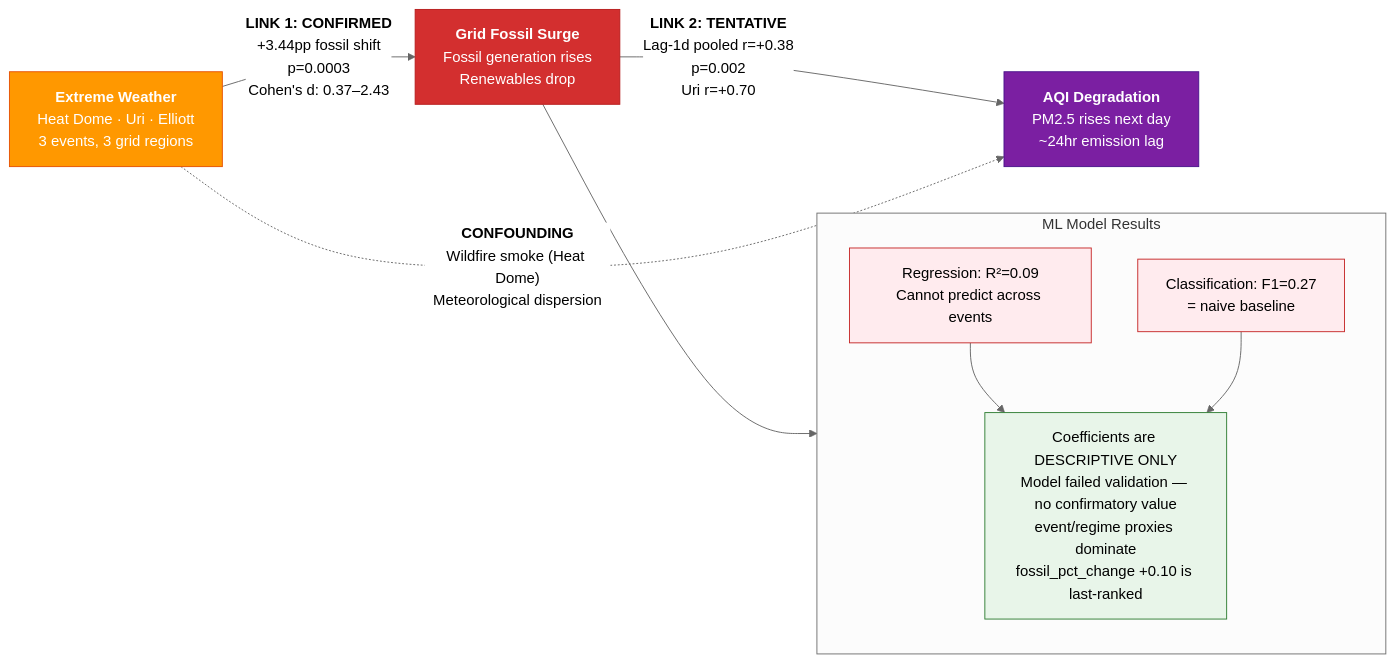
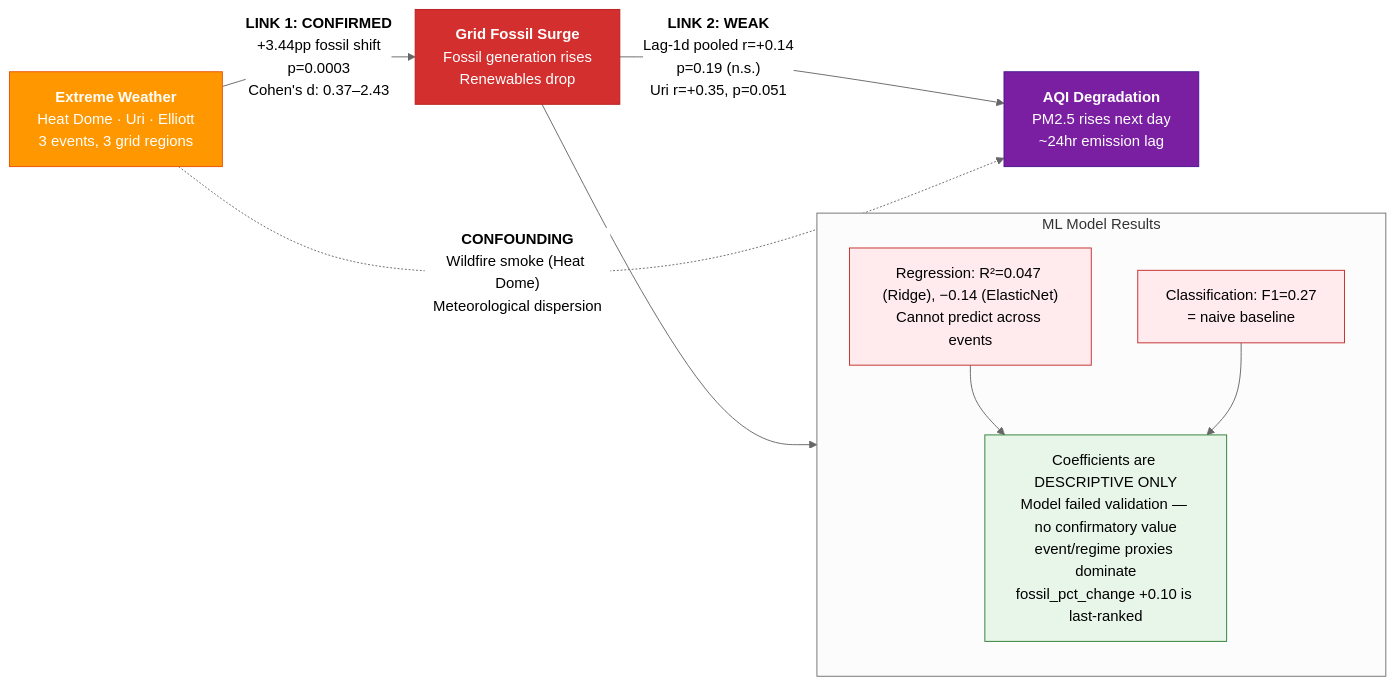
One commit to riyer-pitsoftware/climatepulse changed the third of 4 diagrams in docs/model_training_guide.md. Above: the diagram before and after it, drawn with Mermaid (neutral theme). The commit also changed other lines of this file and 4 other files, not shown here.

````diff
--- a/docs/model_training_guide.md
+++ b/docs/model_training_guide.md
@@ -183,28 +195,28 @@
 ```mermaid
 flowchart LR
     W["<b>Extreme Weather</b><br/>Heat Dome · Uri · Elliott<br/>3 events, 3 grid regions"]
     W -- "<b>LINK 1: CONFIRMED</b><br/>+3.44pp fossil shift<br/>p=0.0003<br/>Cohen's d: 0.37–2.43" --> G
     G["<b>Grid Fossil Surge</b><br/>Fossil generation rises<br/>Renewables drop"]
-    G -- "<b>LINK 2: TENTATIVE</b><br/>Lag-1d pooled r=+0.38<br/>p=0.002<br/>Uri r=+0.70" --> A
+    G -- "<b>LINK 2: WEAK</b><br/>Lag-1d pooled r=+0.14<br/>p=0.19 (n.s.)<br/>Uri r=+0.35, p=0.051" --> A
     A["<b>AQI Degradation</b><br/>PM2.5 rises next day<br/>~24hr emission lag"]
 
     W -. "<b>CONFOUNDING</b><br/>Wildfire smoke (Heat Dome)<br/>Meteorological dispersion" .-> A
 
     subgraph model ["ML Model Results"]
         direction TB
-        M1["Regression: R²=0.09<br/>Cannot predict across events"]
+        M1["Regression: R²=0.047 (Ridge), −0.14 (ElasticNet)<br/>Cannot predict across events"]
         M2["Classification: F1=0.27<br/>= naive baseline"]
         M3["Coefficients are DESCRIPTIVE ONLY<br/>Model failed validation — no confirmatory value<br/>event/regime proxies dominate<br/>fossil_pct_change +0.10 is last-ranked"]
         M1 --> M3
         M2 --> M3
     end
 
     G --> model
 
     style W fill:#ff9800,color:#fff,stroke:#e65100
     style G fill:#d32f2f,color:#fff,stroke:#b71c1c
     style A fill:#7b1fa2,color:#fff,stroke:#4a148c
     style M1 fill:#ffebee,stroke:#c62828
     style M2 fill:#ffebee,stroke:#c62828
     style M3 fill:#e8f5e9,stroke:#2e7d32
 ```
````
